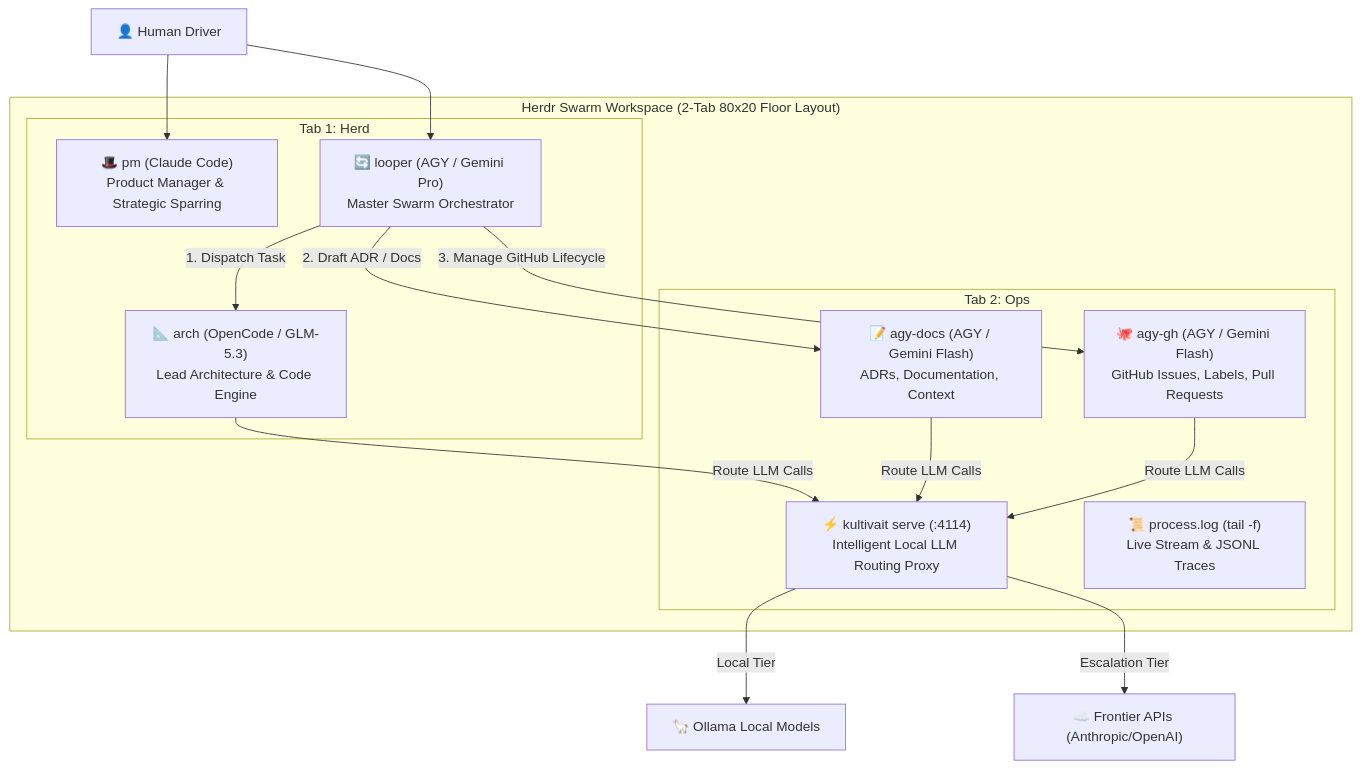
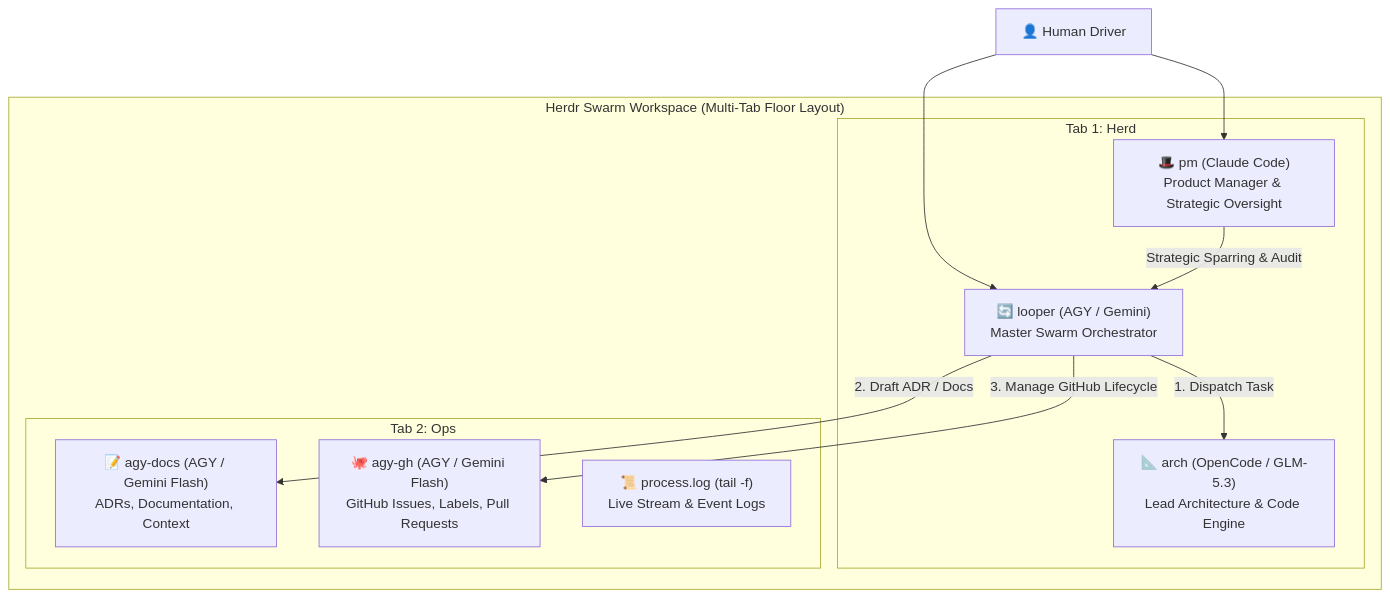
Before and after one commit to HinchK/stampede: the diagram in README.md, drawn with Mermaid. The commit also changed other lines of this file and 2 other files, not shown here.

Commit message:
docs: align README with shipped architecture and strike fictional claims (#T-015a)

````diff
--- a/README.md
+++ b/README.md
@@ -9,29 +9,24 @@
 ```mermaid
 flowchart TD
-    Human["👤 Human Driver"] --> PM["🎩 pm (Claude Code)\nProduct Manager & Strategic Sparring"]
-    Human --> Looper["🔄 looper (AGY / Gemini Pro)\nMaster Swarm Orchestrator"]
+    Human["👤 Human Driver"] --> PM["🎩 pm (Claude Code)\nProduct Manager & Strategic Oversight"]
+    Human --> Looper["🔄 looper (AGY / Gemini)\nMaster Swarm Orchestrator"]
     
-    subgraph SwarmTopology ["Herdr Swarm Workspace (2-Tab 80x20 Floor Layout)"]
+    subgraph SwarmTopology ["Herdr Swarm Workspace (Multi-Tab Floor Layout)"]
         subgraph TabHerd ["Tab 1: Herd"]
             PM
             Arch["📐 arch (OpenCode / GLM-5.3)\nLead Architecture & Code Engine"]
             Looper
         end
         
         subgraph TabOps ["Tab 2: Ops"]
             Docs["📝 agy-docs (AGY / Gemini Flash)\nADRs, Documentation, Context"]
             GH["🐙 agy-gh (AGY / Gemini Flash)\nGitHub Issues, Labels, Pull Requests"]
-            Proxy["⚡ kultivait serve (:4114)\nIntelligent Local LLM Routing Proxy"]
-            Log["📜 process.log (tail -f)\nLive Stream & JSONL Traces"]
+            Log["📜 process.log (tail -f)\nLive Stream & Event Logs"]
         end
     end
     
     Looper -->|1. Dispatch Task| Arch
     Looper -->|2. Draft ADR / Docs| Docs
     Looper -->|3. Manage GitHub Lifecycle| GH
-    Arch -->|Route LLM Calls| Proxy
-    Docs -->|Route LLM Calls| Proxy
-    GH -->|Route LLM Calls| Proxy
-    Proxy -->|Local Tier| Ollama["🦙 Ollama Local Models"]
-    Proxy -->|Escalation Tier| CloudAPI["☁️ Frontier APIs (Anthropic/OpenAI)"]
+    PM -->|Strategic Sparring & Audit| Looper
 ```
````
